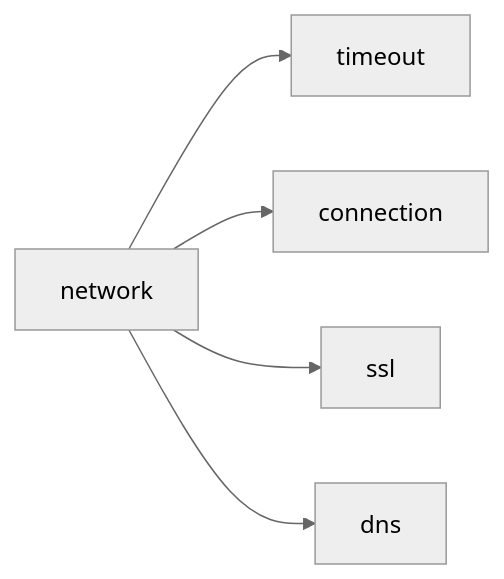
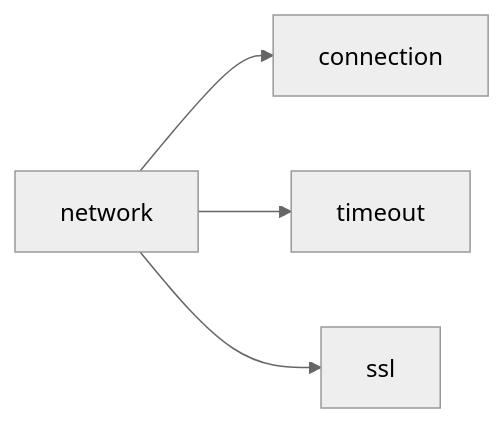
The seventh of 11 diagrams in friction-taxonomy.md (meaganewaller/weekly-reviews), drawn with Mermaid (neutral theme) before and after one commit. The commit also changed other lines of this file and 2 other files, not shown here.

```diff
--- a/friction-taxonomy.md
+++ b/friction-taxonomy.md
@@ -151,7 +166,6 @@
 {% mermaid %}
 flowchart LR
-    A[network] --> B[timeout]
-    A --> C[connection]
+    A[network] --> B[connection]
+    A --> C[timeout]
     A --> D[ssl]
-    A --> E[dns]
 {% endmermaid %}
```
